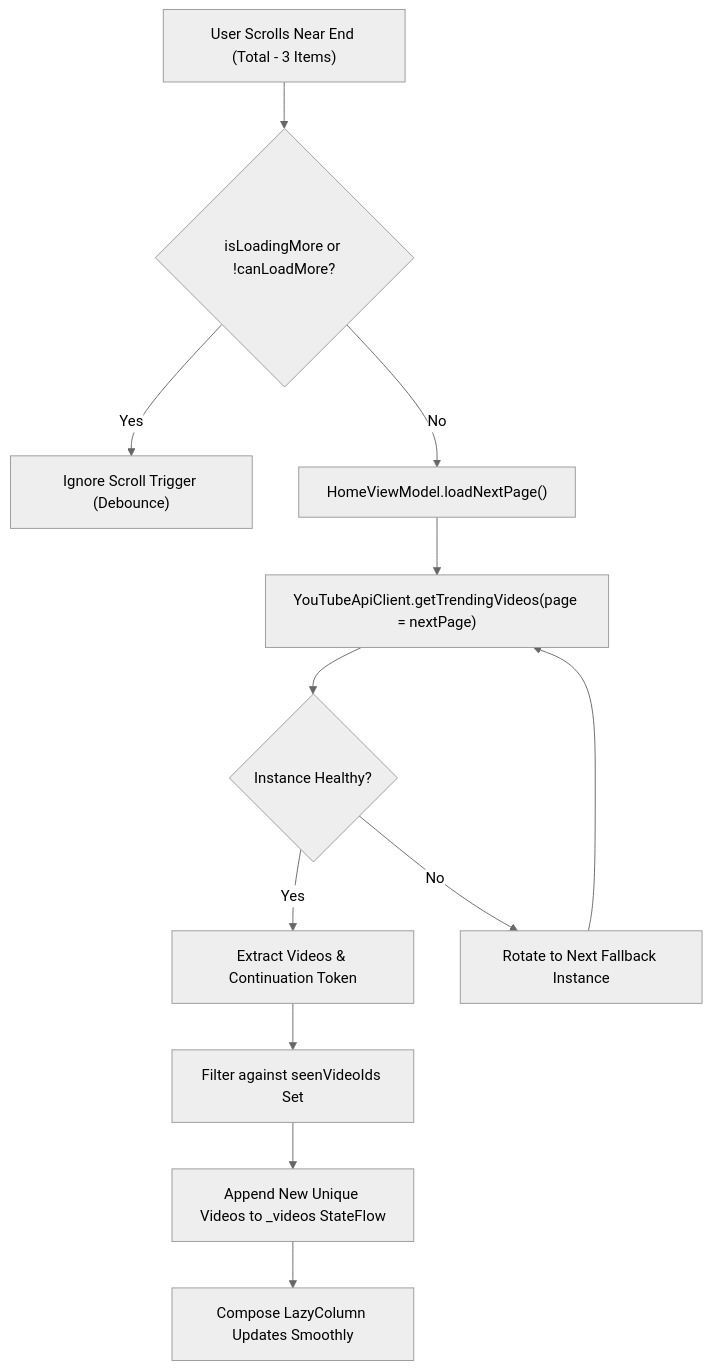
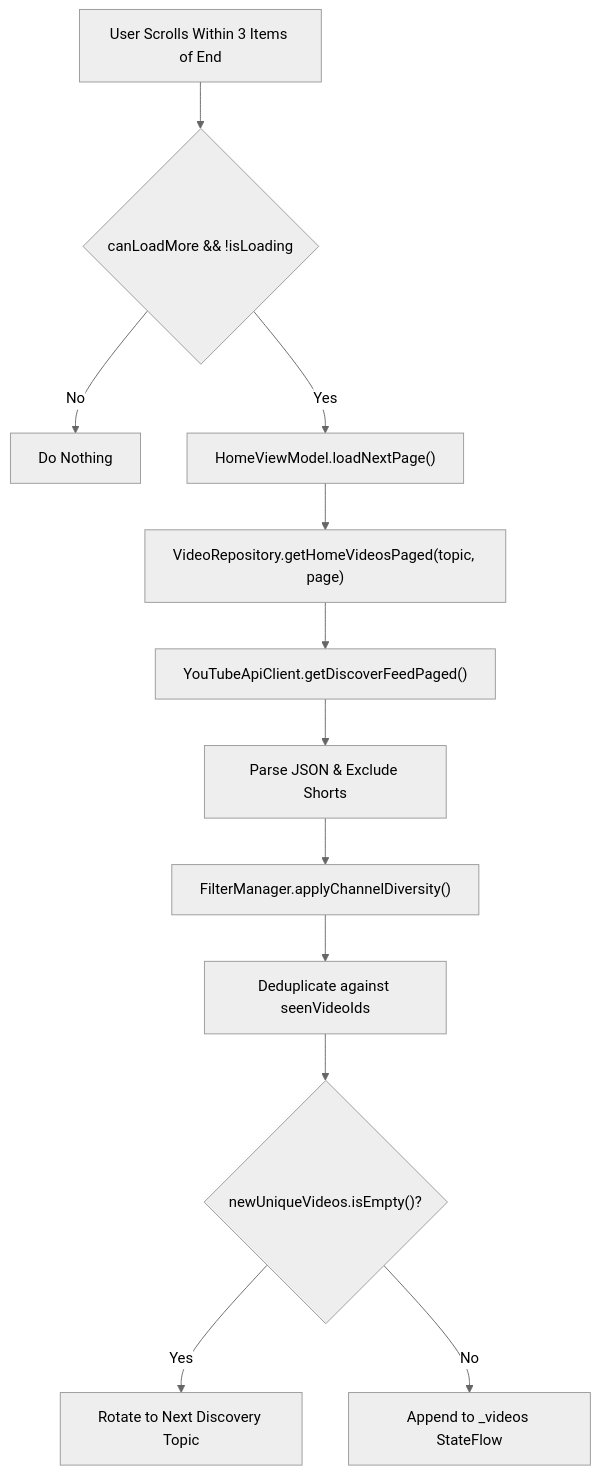
One commit to SayanBasani/FocusTube changed the diagram in docs/FEED_AND_REELS_DIAGNOSTICS.md. Above: the diagram before and after it, drawn with Mermaid (neutral theme). The commit also changed other lines of this file and 23 other files, not shown here.

````diff
--- a/docs/FEED_AND_REELS_DIAGNOSTICS.md
+++ b/docs/FEED_AND_REELS_DIAGNOSTICS.md
@@ -23,14 +45,14 @@
 ```mermaid
 flowchart TD
-    UserScroll["User Scrolls Near End (Total - 3 Items)"] --> CheckLoading{"isLoadingMore or !canLoadMore?"}
-    CheckLoading -->|Yes| Ignore["Ignore Scroll Trigger (Debounce)"]
-    CheckLoading -->|No| Trigger["HomeViewModel.loadNextPage()"]
-    Trigger --> ApiCall["YouTubeApiClient.getTrendingVideos(page = nextPage)"]
-    ApiCall --> FallbackCheck{"Instance Healthy?"}
-    FallbackCheck -->|Yes| ParseItems["Extract Videos & Continuation Token"]
-    FallbackCheck -->|No| NextInstance["Rotate to Next Fallback Instance"]
-    NextInstance --> ApiCall
-    ParseItems --> Deduplicate["Filter against seenVideoIds Set"]
-    Deduplicate --> AppendList["Append New Unique Videos to _videos StateFlow"]
-    AppendList --> UpdateUI["Compose LazyColumn Updates Smoothly"]
+    Scroll["User Scrolls Within 3 Items of End"] --> CanLoad{"canLoadMore && !isLoading"}
+    CanLoad -->|No| Wait["Do Nothing"]
+    CanLoad -->|Yes| Fetch["HomeViewModel.loadNextPage()"]
+    Fetch --> RepoCall["VideoRepository.getHomeVideosPaged(topic, page)"]
+    RepoCall --> ApiCall["YouTubeApiClient.getDiscoverFeedPaged()"]
+    ApiCall --> Parse["Parse JSON & Exclude Shorts"]
+    Parse --> Diversity["FilterManager.applyChannelDiversity()"]
+    Diversity --> Dedup["Deduplicate against seenVideoIds"]
+    Dedup --> CheckCount{"newUniqueVideos.isEmpty()?"}
+    CheckCount -->|Yes| Rotate["Rotate to Next Discovery Topic"]
+    CheckCount -->|No| Append["Append to _videos StateFlow"]
 ```
````
